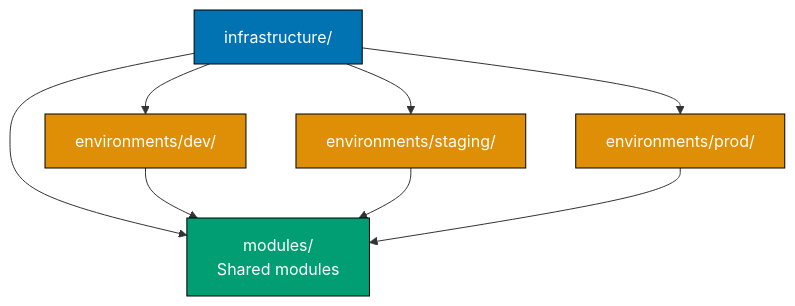
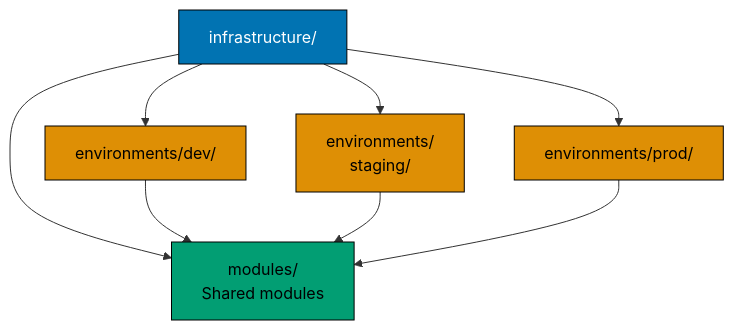
One commit to wahidyankf/ose-public changed the eighth of 9 diagrams in apps/ayokoding-www/content/en/learn/legacy/software-engineering/infrastructure/infrastructure-as-code/by-example/intermediate.md. Above: the diagram before and after it, drawn with Mermaid. The commit also changed other lines of this file and 131 other files, not shown here.

First line of the commit message:
fix(mermaid): bring the legacy data, infrastructure, and testing diagrams onto the accessible palette

````diff
--- a/apps/ayokoding-www/content/en/learn/legacy/software-engineering/infrastructure/infrastructure-as-code/by-example/intermediate.md
+++ b/apps/ayokoding-www/content/en/learn/legacy/software-engineering/infrastructure/infrastructure-as-code/by-example/intermediate.md
@@ -1357,17 +1393,23 @@
 ```mermaid
 %% Color Palette: Blue #0173B2, Orange #DE8F05, Teal #029E73, Purple #CC78BC, Brown #CA9161
 graph TD
+  accTitle: Example 51: Directory Layout for Multi-Environment Terraform
+  accDescr: Graph with 5 nodes and 7 connections. Nodes: infrastructure/, modules/ Shared modules, environments/dev/, environments/ staging/, environments/prod/. Connections: infrastructure/ to modules/ Shared modules, infrastructure/ to environments/dev/, infrastructure/ to environments/ staging/, infrastructure/ to environments/prod/, environments/dev/ to modules/ Shared modules, environments/ staging/ to modules/ Shared modules, environments/prod/ to modules/ Shared modules.
   A["infrastructure/"] --> B["modules/<br/>Shared modules"]
   A --> C["environments/dev/"]
-  A --> D["environments/staging/"]
+  A --> D["environments/<br/>staging/"]
   A --> E["environments/prod/"]
   C --> B
   D --> B
   E --> B
 
-  style A fill:#0173B2,stroke:#000,color:#fff
-  style B fill:#029E73,stroke:#000,color:#fff
-  style C fill:#DE8F05,stroke:#000,color:#fff
-  style D fill:#DE8F05,stroke:#000,color:#fff
-  style E fill:#DE8F05,stroke:#000,color:#fff
+  classDef pal-0173B2 fill:#0173B2,stroke:#000000,color:#FFFFFF
+  class A pal-0173B2
+  classDef pal-029E73 fill:#029E73,stroke:#000000,color:#000000
+  class B pal-029E73
+  classDef pal-DE8F05 fill:#DE8F05,stroke:#000000,color:#000000
+  class C pal-DE8F05
+  class D pal-DE8F05
+  class E pal-DE8F05
+  classDef default fill:#FFFFFF,stroke:#000000,color:#000000
 ```
````
